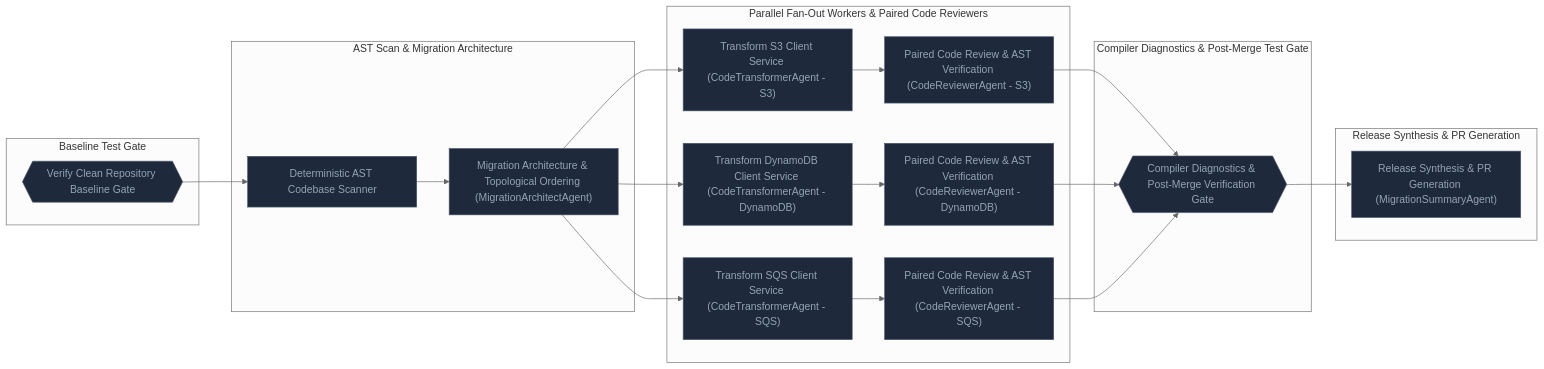
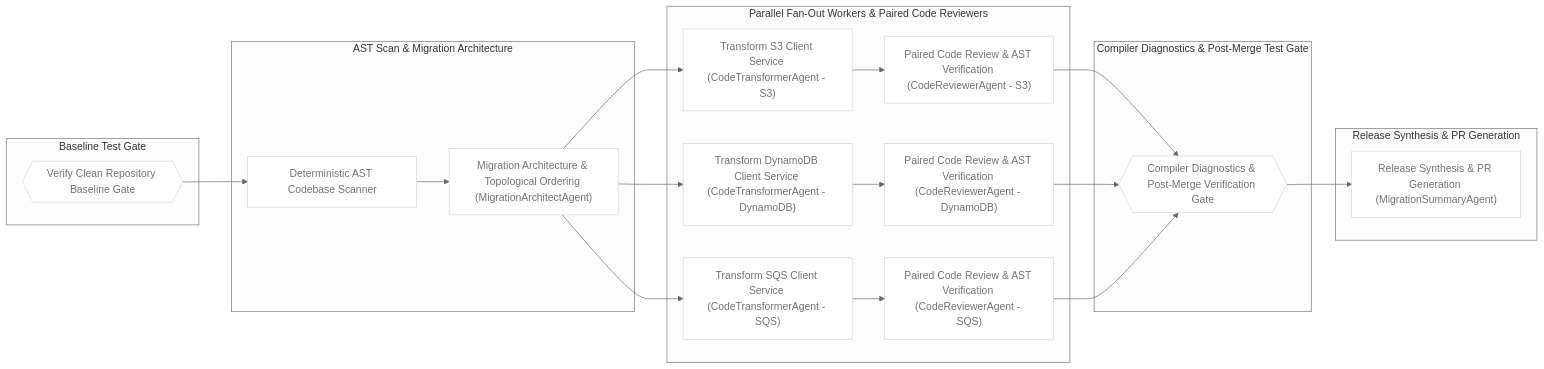
Before and after one commit to LitaoG/AI-workflow-competition: the diagram in demos/repo-migration-engine/artifacts/migration_dag.mermaid, drawn with Mermaid (neutral theme). The commit also changed 17 other files, not shown here.

```diff
--- a/demos/repo-migration-engine/artifacts/migration_dag.mermaid
+++ b/demos/repo-migration-engine/artifacts/migration_dag.mermaid
@@ -1,38 +1,40 @@
 flowchart LR
   subgraph phase-1-baseline-gate["Baseline Test Gate"]
     step-1-baseline-gate{{Verify Clean Repository Baseline Gate}}:::pending
   end
   subgraph phase-2-ast-scan-arch["AST Scan & Migration Architecture"]
     step-2a-ast-scan["Deterministic AST Codebase Scanner"]:::pending
     step-2b-architect["Migration Architecture & Topological Ordering (MigrationArchitectAgent)"]:::pending
   end
   subgraph phase-3-parallel-transform["Parallel Fan-Out Workers & Paired Code Reviewers"]
     step-3a-worker-s3["Transform S3 Client Service (CodeTransformerAgent - S3)"]:::pending
     step-3a-reviewer-s3["Paired Code Review & AST Verification (CodeReviewerAgent - S3)"]:::pending
     step-3b-worker-dynamo["Transform DynamoDB Client Service (CodeTransformerAgent - DynamoDB)"]:::pending
     step-3b-reviewer-dynamo["Paired Code Review & AST Verification (CodeReviewerAgent - DynamoDB)"]:::pending
     step-3c-worker-sqs["Transform SQS Client Service (CodeTransformerAgent - SQS)"]:::pending
     step-3c-reviewer-sqs["Paired Code Review & AST Verification (CodeReviewerAgent - SQS)"]:::pending
   end
   subgraph phase-4-post-merge-gate["Compiler Diagnostics & Post-Merge Test Gate"]
     step-4-post-merge-gate{{Compiler Diagnostics & Post-Merge Verification Gate}}:::pending
   end
   subgraph phase-5-release-synthesis["Release Synthesis & PR Generation"]
     step-5-summary["Release Synthesis & PR Generation (MigrationSummaryAgent)"]:::pending
   end
   step-1-baseline-gate --> step-2a-ast-scan
   step-2a-ast-scan --> step-2b-architect
   step-2b-architect --> step-3a-worker-s3
   step-3a-worker-s3 --> step-3a-reviewer-s3
   step-2b-architect --> step-3b-worker-dynamo
   step-3b-worker-dynamo --> step-3b-reviewer-dynamo
   step-2b-architect --> step-3c-worker-sqs
   step-3c-worker-sqs --> step-3c-reviewer-sqs
   step-3a-reviewer-s3 --> step-4-post-merge-gate
   step-3b-reviewer-dynamo --> step-4-post-merge-gate
   step-3c-reviewer-sqs --> step-4-post-merge-gate
   step-4-post-merge-gate --> step-5-summary
-  classDef completed fill:#064e3b,stroke:#10b981,stroke-width:2px,color:#fff;
-  classDef running fill:#78350f,stroke:#f59e0b,stroke-width:2px,color:#fff;
-  classDef failed fill:#7f1d1d,stroke:#ef4444,stroke-width:2px,color:#fff;
-  classDef pending fill:#1e293b,stroke:#475569,stroke-width:1px,color:#94a3b8;
+  classDef completed fill:#e7f6ee,stroke:#1e8a4f,stroke-width:2px,color:#14532d;
+  classDef running fill:#e8f1fd,stroke:#2a8ce0,stroke-width:2px,color:#0c4a8e;
+  classDef failed fill:#fdeae4,stroke:#c4320a,stroke-width:2px,color:#7c2d12;
+  classDef pending fill:#ffffff,stroke:#d4d4d8,stroke-width:1px,color:#737373;
+  classDef replayed fill:#e3f4fa,stroke:#0891b2,stroke-width:1.5px,color:#155e75;
+  classDef skipped fill:#fdf1e3,stroke:#b45309,stroke-width:1px,color:#7c2d12;
```
